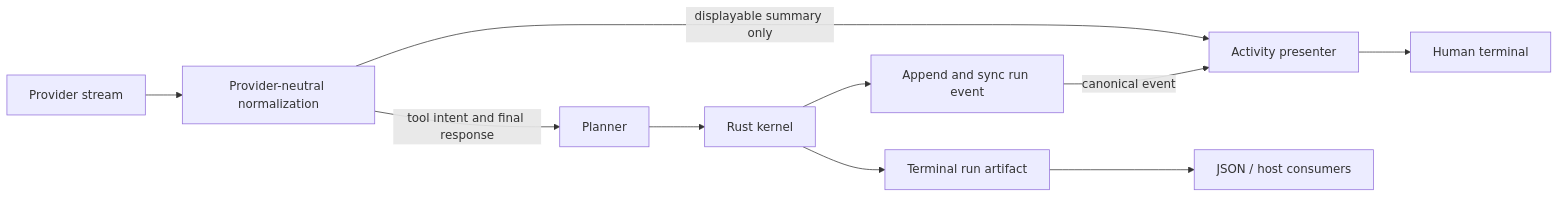
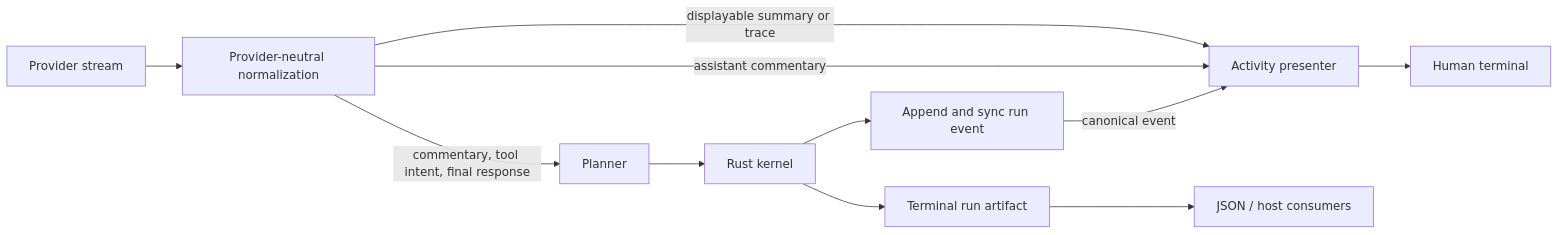
Before and after one commit to celestialcactus/forge-engine: the diagram in docs/decisions/ADRs/ADR-0040-authority-labeled-terminal-activity-stream.md, drawn with Mermaid. The commit also changed other lines of this file and 5 other files, not shown here.

Commit message:
docs: align activity design with assistant commentary

````diff
--- a/docs/decisions/ADRs/ADR-0040-authority-labeled-terminal-activity-stream.md
+++ b/docs/decisions/ADRs/ADR-0040-authority-labeled-terminal-activity-stream.md
@@ -101,12 +109,13 @@
 ```mermaid
 flowchart LR
     P["Provider stream"] --> N["Provider-neutral normalization"]
-    N -->|"displayable summary only"| A["Activity presenter"]
-    N -->|"tool intent and final response"| PL["Planner"]
+    N -->|"displayable summary or trace"| A["Activity presenter"]
+    N -->|"assistant commentary"| A
+    N -->|"commentary, tool intent, final response"| PL["Planner"]
     PL --> K["Rust kernel"]
     K --> L["Append and sync run event"]
     L -->|"canonical event"| A
     A --> T["Human terminal"]
     K --> J["Terminal run artifact"]
     J --> M["JSON / host consumers"]
 ```
````
